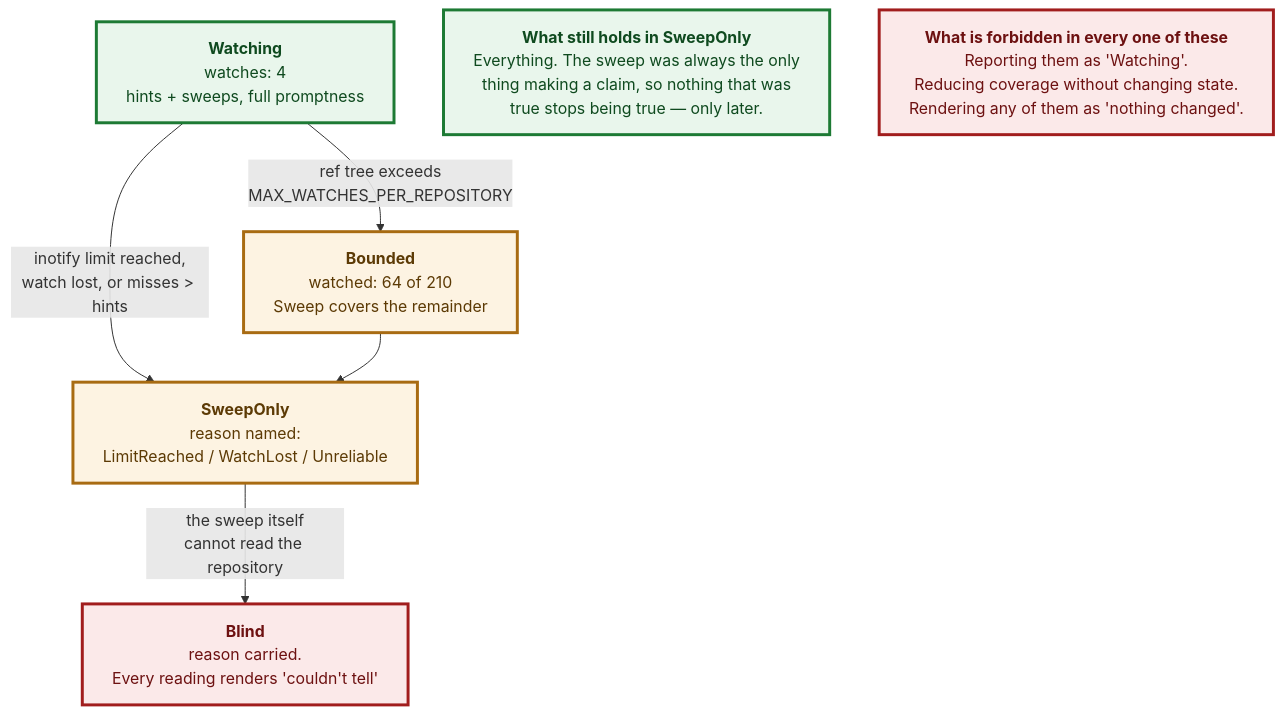
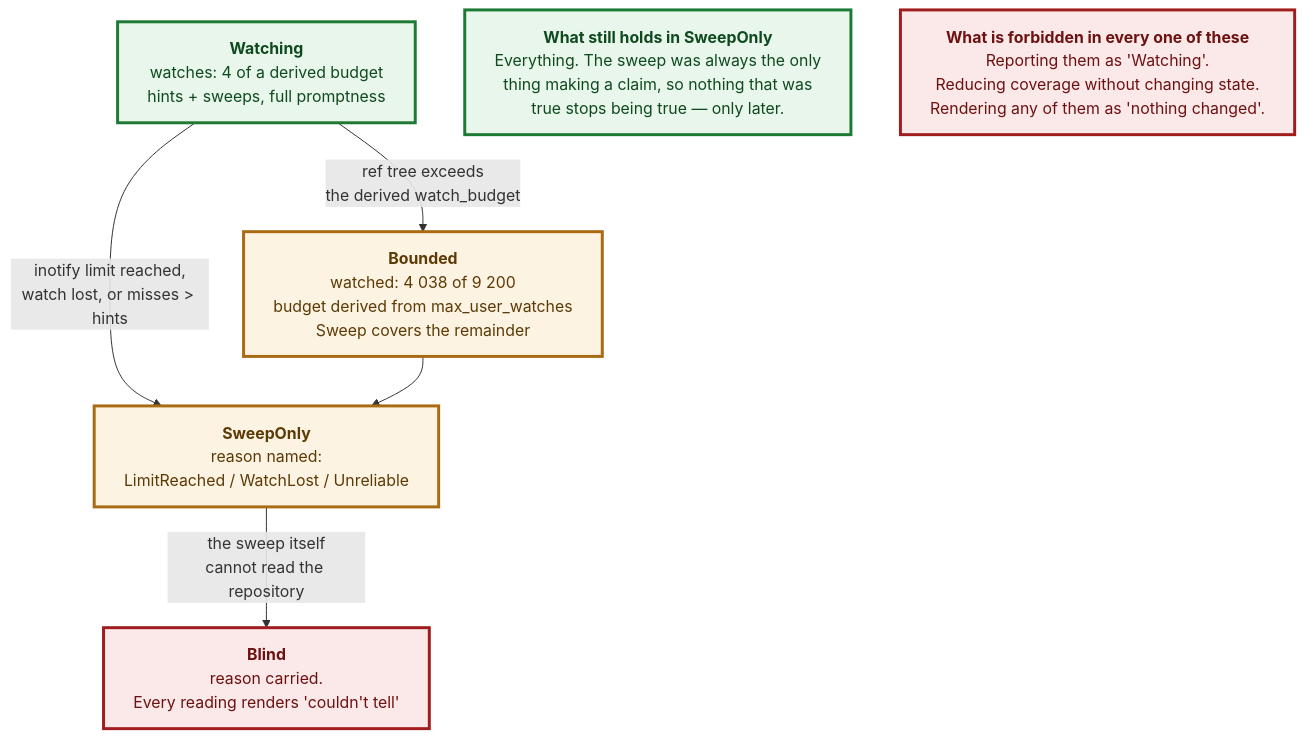
One commit to tom2025b/git-vista changed the eighth of 8 diagrams in docs/superpowers/specs/m3.26-external-changes.md. Above: the diagram before and after it, drawn with Mermaid. The commit also changed other lines of this file, not shown here.

First line of the commit message:
docs(#551): the watch bound is derived, the namespace table is complete, and the ADR number is the one already reserved

````diff
--- a/docs/superpowers/specs/m3.26-external-changes.md
+++ b/docs/superpowers/specs/m3.26-external-changes.md
@@ -912,28 +1410,28 @@
 ```mermaid
 ---
 config:
   flowchart:
     wrappingWidth: 420
 ---
 flowchart TD
-    W["<b>Watching</b><br/>watches: 4<br/>hints + sweeps, full promptness"]
-    W -->|"ref tree exceeds<br/>MAX_WATCHES_PER_REPOSITORY"| B["<b>Bounded</b><br/>watched: 64 of 210<br/>Sweep covers the remainder"]
+    W["<b>Watching</b><br/>watches: 4 of a derived budget<br/>hints + sweeps, full promptness"]
+    W -->|"ref tree exceeds<br/>the derived watch_budget"| B["<b>Bounded</b><br/>watched: 4 038 of 9 200<br/>budget derived from max_user_watches<br/>Sweep covers the remainder"]
     W -->|"inotify limit reached,<br/>watch lost, or misses &gt; hints"| S["<b>SweepOnly</b><br/>reason named:<br/>LimitReached / WatchLost / Unreliable"]
     B --> S
     S -->|"the sweep itself<br/>cannot read the repository"| BL["<b>Blind</b><br/>reason carried.<br/>Every reading renders 'couldn't tell'"]
 
     N["<b>What still holds in SweepOnly</b><br/>Everything. The sweep was always the only<br/>thing making a claim, so nothing that was<br/>true stops being true &mdash; only later."]
 
     X["<b>What is forbidden in every one of these</b><br/>Reporting them as 'Watching'.<br/>Reducing coverage without changing state.<br/>Rendering any of them as 'nothing changed'."]
 
     classDef good fill:#e9f6ec,stroke:#1d7a34,stroke-width:3px,color:#0f4a1f
     classDef cost fill:#fdf3e2,stroke:#a86b12,stroke-width:3px,color:#5c3a05
     classDef bad fill:#fbe9e9,stroke:#a11d1d,stroke-width:3px,color:#6d1111
     classDef note fill:#f2f2f2,stroke:#666,stroke-width:2px,color:#222
 
     class W good
     class B,S cost
     class BL bad
     class N good
     class X bad
 ```
````
